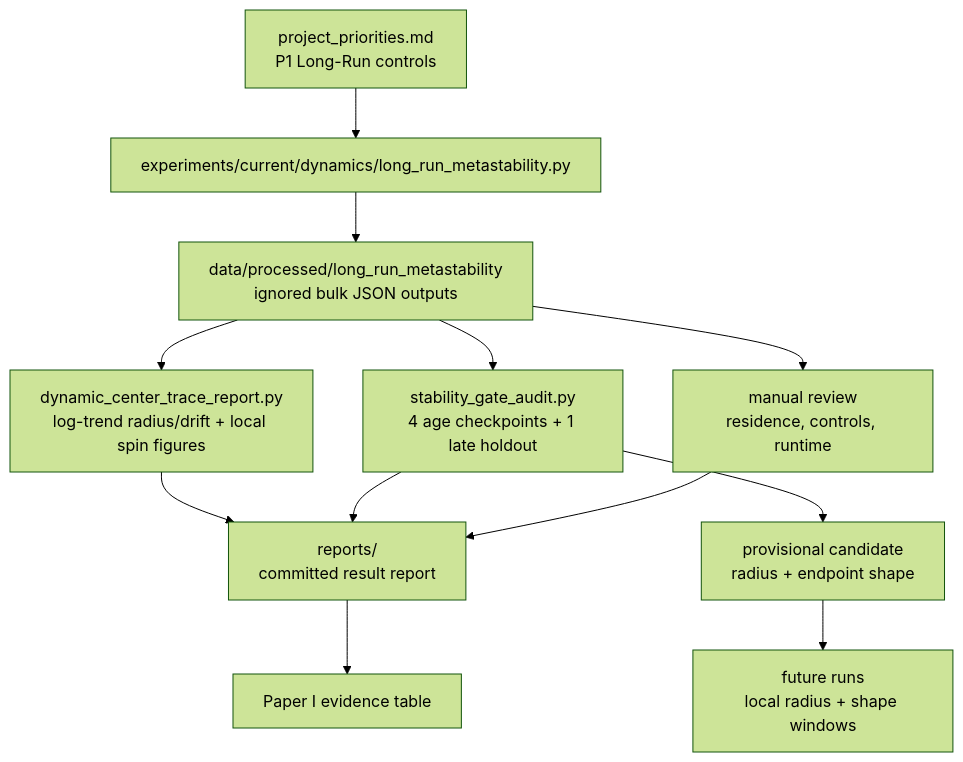
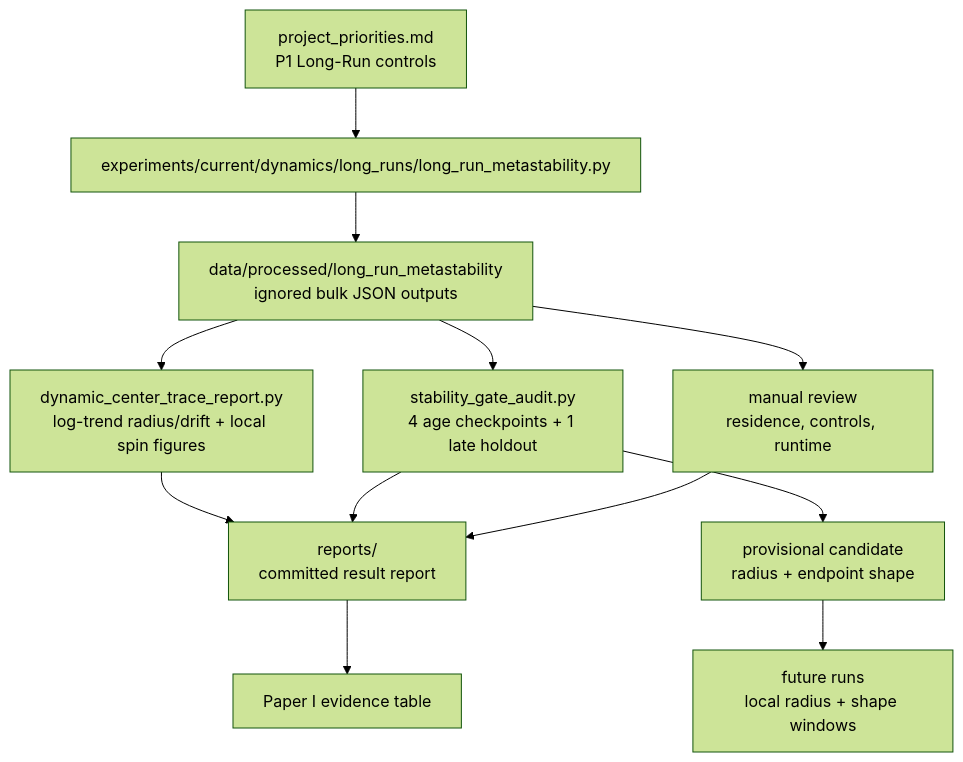
One commit to MemoryDynamics/Knoten changed the fifth of 6 diagrams in docs/reference/repository_map.md. Above: the diagram before and after it, drawn with Mermaid (forest theme). The commit also changed 421 other files, not shown here.

````diff
--- a/docs/reference/repository_map.md
+++ b/docs/reference/repository_map.md
@@ -239,14 +239,14 @@
 ```mermaid
 flowchart TD
-    plan["project_priorities.md<br/>P1 Long-Run controls"] --> runner["experiments/current/dynamics/long_run_metastability.py"]
+    plan["project_priorities.md<br/>P1 Long-Run controls"] --> runner["experiments/current/dynamics/long_runs/long_run_metastability.py"]
     runner --> local["data/processed/long_run_metastability<br/>ignored bulk JSON outputs"]
     local --> trace_review["dynamic_center_trace_report.py<br/>log-trend radius/drift + local spin figures"]
     local --> stability_gate["stability_gate_audit.py<br/>4 age checkpoints + 1 late holdout"]
     stability_gate --> candidate["provisional candidate<br/>radius + endpoint shape"]
     candidate --> future["future runs<br/>local radius + shape windows"]
     local --> review["manual review<br/>residence, controls, runtime"]
     trace_review --> report["reports/<br/>committed result report"]
     stability_gate --> report
     review --> report["reports/<br/>committed result report"]
     report --> paper1["Paper I evidence table"]
 ```
````
